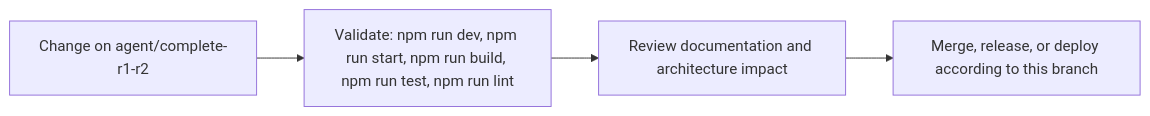
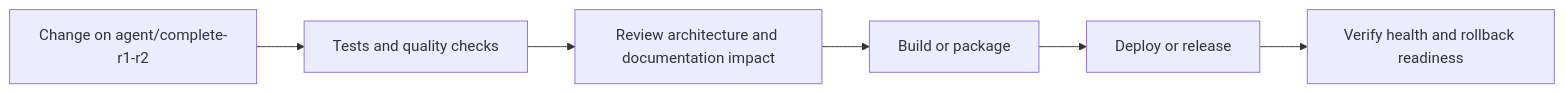
Before and after one commit to Nischhalsubba/BindForge-NW: the fifth of 6 diagrams in README.md, drawn with Mermaid. The commit also changed other lines of this file, not shown here.

````diff
--- a/README.md
+++ b/README.md
@@ -82,8 +177,8 @@
 ```mermaid
 flowchart LR
-    CHANGE["Change on agent/complete-r1-r2"]
-    CHECK["Validate: npm run dev, npm run start, npm run build, npm run test, npm run lint"]
-    REVIEW["Review documentation and architecture impact"]
-    RELEASE["Merge, release, or deploy according to this branch"]
-    CHANGE --> CHECK --> REVIEW --> RELEASE
+    CHANGE["Change on agent/complete-r1-r2"] --> CHECK["Tests and quality checks"]
+    CHECK --> REVIEW["Review architecture and documentation impact"]
+    REVIEW --> BUILD["Build or package"]
+    BUILD --> DEPLOY["Deploy or release"]
+    DEPLOY --> VERIFY["Verify health and rollback readiness"]
 ```
````
